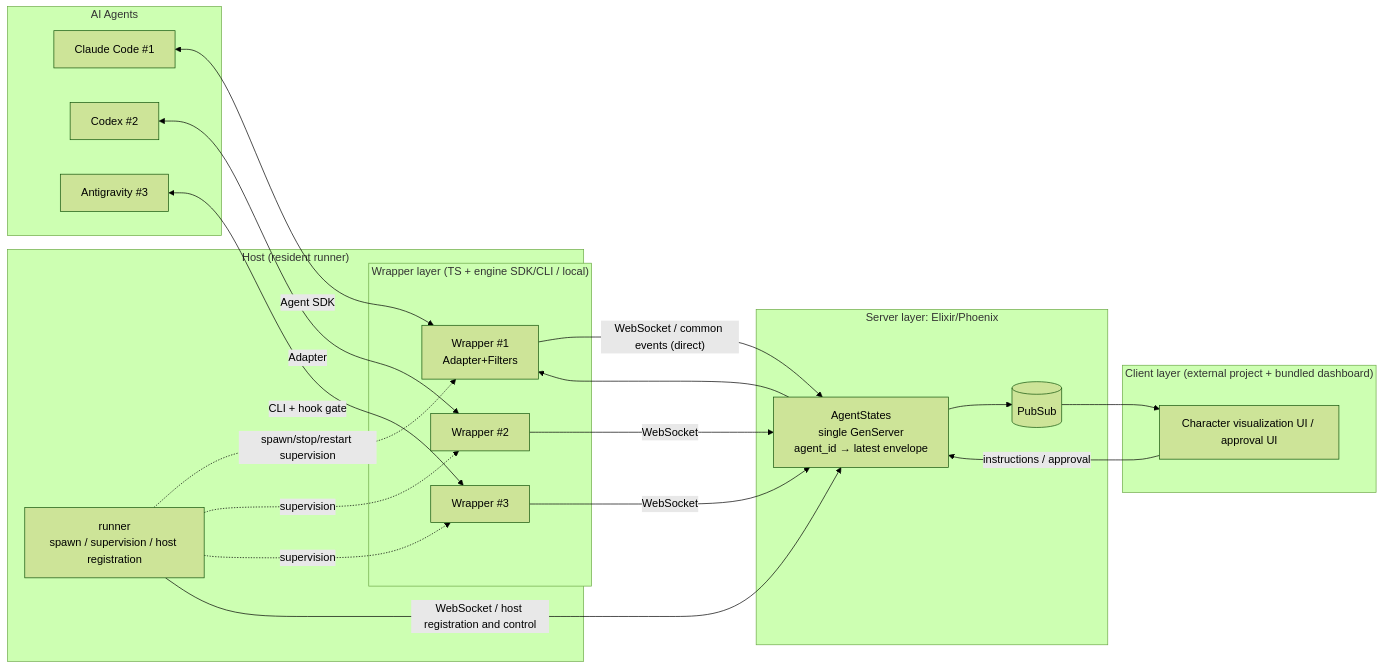
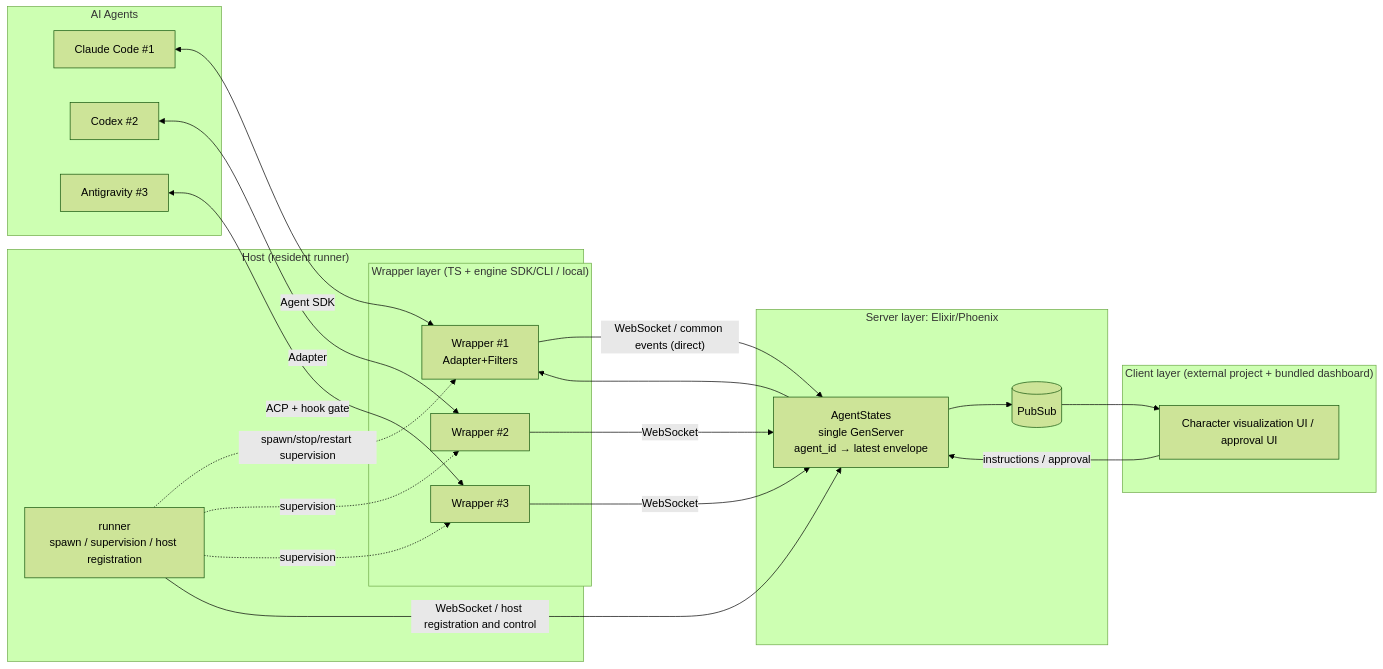
One commit to sakuraiyuta/kaoiro changed the diagram in docs/architecture/system-overview.md. Above: the diagram before and after it, drawn with Mermaid (forest theme). The commit also changed other lines of this file and 11 other files, not shown here.

First line of the commit message:
docs(architecture): match engine, transport and package claims to the code (issue #1262)

````diff
--- a/docs/architecture/system-overview.md
+++ b/docs/architecture/system-overview.md
@@ -53,35 +58,35 @@
 ```mermaid
 flowchart LR
   subgraph Agents[AI Agents]
     CC1[Claude Code #1]
     CX[Codex #2]
     AGY[Antigravity #3]
   end
   subgraph Host["Host (resident runner)"]
     RUN[runner<br/>spawn / supervision / host registration]
     subgraph Wrappers["Wrapper layer (TS + engine SDK/CLI / local)"]
       W1[Wrapper #1<br/>Adapter+Filters]
       W2[Wrapper #2]
       W3[Wrapper #3]
     end
   end
   subgraph Server[Server layer: Elixir/Phoenix]
     REG[AgentStates<br/>single GenServer<br/>agent_id → latest envelope]
     PS[(PubSub)]
   end
   subgraph Clients["Client layer (external project + bundled dashboard)"]
     UI[Character visualization UI / approval UI]
   end
   CC1 <-->|Agent SDK| W1
   CX  <-->|Adapter| W2
-  AGY <-->|CLI + hook gate| W3
+  AGY <-->|ACP + hook gate| W3
   RUN -.->|spawn/stop/restart supervision| W1
   RUN -.->|supervision| W2
   RUN -.->|supervision| W3
   W1 -->|"WebSocket / common events (direct)"| REG
   W2 -- WebSocket --> REG
   W3 -- WebSocket --> REG
   RUN -- WebSocket / host registration and control --> REG
   REG --> PS --> UI
   UI -- instructions / approval --> REG --> W1
 ```
````
